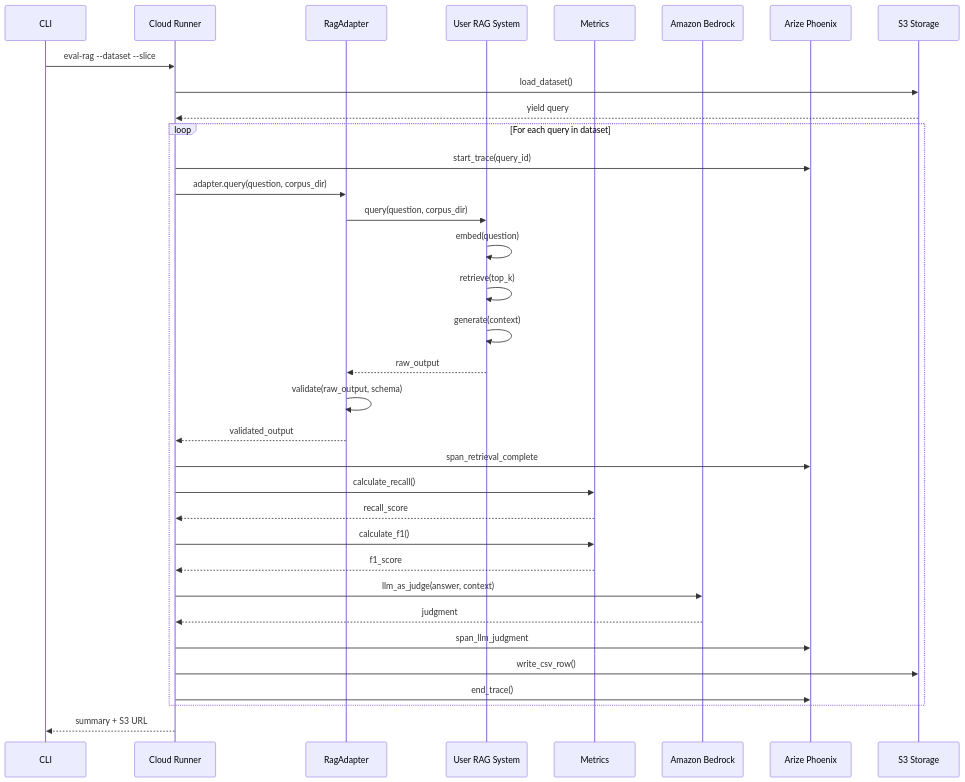
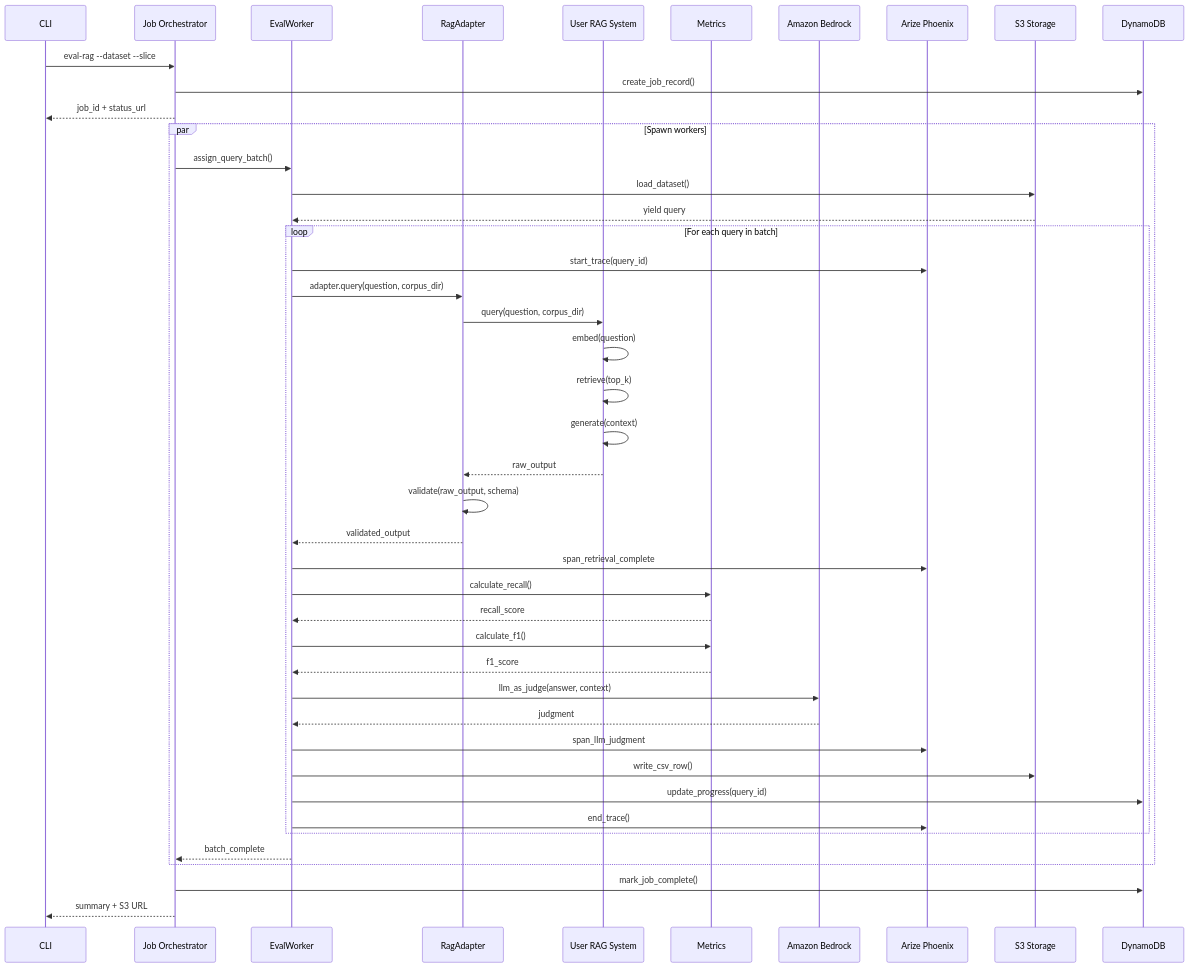
Before and after one commit to anguyenbus/eval-harness: the second of 6 diagrams in docs/design/002-data-flow-detailed.md, drawn with Mermaid. The commit also changed other lines of this file and 4 other files, not shown here.

````diff
--- a/docs/design/002-data-flow-detailed.md
+++ b/docs/design/002-data-flow-detailed.md
@@ -89,45 +96,57 @@
 ```mermaid
 sequenceDiagram
     participant CLI as CLI
-    participant Runner as Cloud Runner
+    participant Orch as Job Orchestrator
+    participant Worker as EvalWorker
     participant Adapter as RagAdapter
     participant RAG as User RAG System
     participant Metrics as Metrics
     participant Bedrock as Amazon Bedrock
     participant Phoenix as Arize Phoenix
     participant S3 as S3 Storage
+    participant DB as DynamoDB
 
-    CLI->>Runner: eval-rag --dataset --slice
-    Runner->>S3: load_dataset()
-    S3-->>Runner: yield query
+    CLI->>Orch: eval-rag --dataset --slice
+    Orch->>DB: create_job_record()
+    Orch-->>CLI: job_id + status_url
 
-    loop For each query in dataset
-        Runner->>Phoenix: start_trace(query_id)
-        Runner->>Adapter: adapter.query(question, corpus_dir)
+    par Spawn workers
+        Orch->>Worker: assign_query_batch()
+        Worker->>S3: load_dataset()
+        S3-->>Worker: yield query
 
-        Adapter->>RAG: query(question, corpus_dir)
-        RAG->>RAG: embed(question)
-        RAG->>RAG: retrieve(top_k)
-        RAG->>RAG: generate(context)
-        RAG-->>Adapter: raw_output
+        loop For each query in batch
+            Worker->>Phoenix: start_trace(query_id)
+            Worker->>Adapter: adapter.query(question, corpus_dir)
 
-        Adapter->>Adapter: validate(raw_output, schema)
-        Adapter-->>Runner: validated_output
-        Runner->>Phoenix: span_retrieval_complete
+            Adapter->>RAG: query(question, corpus_dir)
+            RAG->>RAG: embed(question)
+            RAG->>RAG: retrieve(top_k)
+            RAG->>RAG: generate(context)
+            RAG-->>Adapter: raw_output
 
-        Runner->>Metrics: calculate_recall()
-        Metrics-->>Runner: recall_score
+            Adapter->>Adapter: validate(raw_output, schema)
+            Adapter-->>Worker: validated_output
+            Worker->>Phoenix: span_retrieval_complete
 
-        Runner->>Metrics: calculate_f1()
-        Metrics-->>Runner: f1_score
+            Worker->>Metrics: calculate_recall()
+            Metrics-->>Worker: recall_score
 
-        Runner->>Bedrock: llm_as_judge(answer, context)
-        Bedrock-->>Runner: judgment
-        Runner->>Phoenix: span_llm_judgment
+            Worker->>Metrics: calculate_f1()
+            Metrics-->>Worker: f1_score
 
-        Runner->>S3: write_csv_row()
-        Runner->>Phoenix: end_trace()
+            Worker->>Bedrock: llm_as_judge(answer, context)
+            Bedrock-->>Worker: judgment
+            Worker->>Phoenix: span_llm_judgment
+
+            Worker->>S3: write_csv_row()
+            Worker->>DB: update_progress(query_id)
+            Worker->>Phoenix: end_trace()
+        end
+
+        Worker-->>Orch: batch_complete
     end
 
-    Runner-->>CLI: summary + S3 URL
+    Orch->>DB: mark_job_complete()
+    Orch-->>CLI: summary + S3 URL
 ```
````
